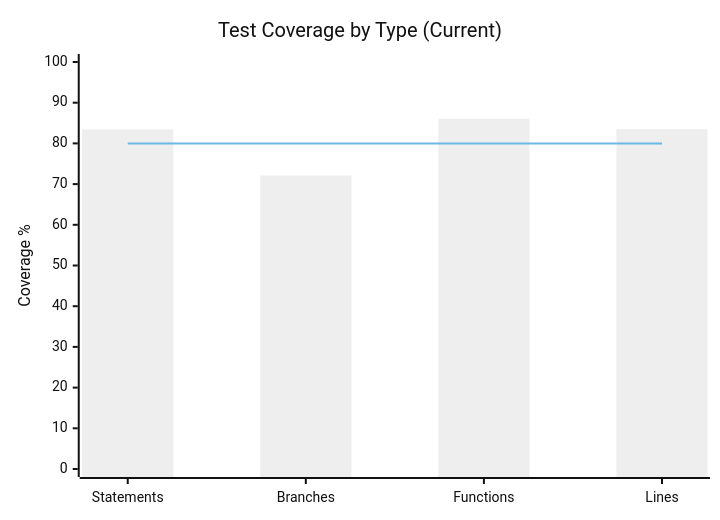
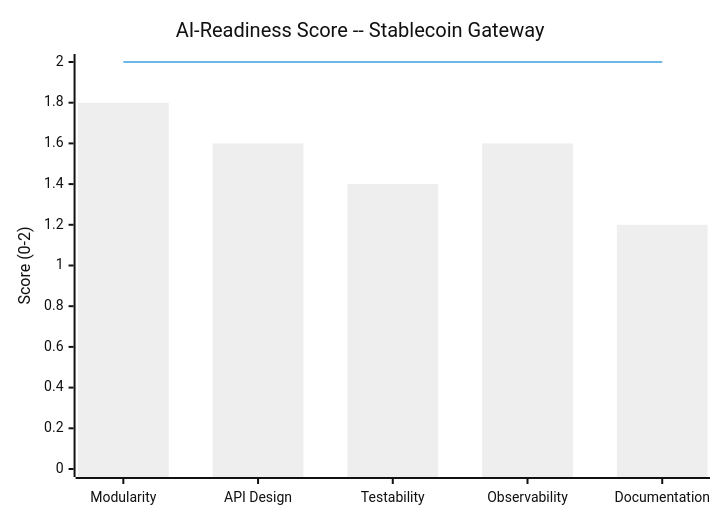
Before and after one commit to Tamoura/Claude-Code-creates-the-SW-company: diagram 12 of 12 in products/stablecoin-gateway/docs/AUDIT-REPORT.md, drawn with Mermaid (neutral theme). The commit also changed other lines of this file and 34 other files, not shown here.

First line of the commit message:
fix(stablecoin-gateway): audit remediation v4 — 37 findings fixed, E2E suite, user manual

````diff
--- a/products/stablecoin-gateway/docs/AUDIT-REPORT.md
+++ b/products/stablecoin-gateway/docs/AUDIT-REPORT.md
@@ -753,8 +649,8 @@
 ```mermaid
 xychart-beta
-    title "Test Coverage by Type (Current)"
-    x-axis ["Statements", "Branches", "Functions", "Lines"]
-    y-axis "Coverage %" 0 --> 100
-    bar [83.43, 72.1, 86.06, 83.49]
-    line [80, 80, 80, 80]
+    title "AI-Readiness Score -- Stablecoin Gateway"
+    x-axis ["Modularity", "API Design", "Testability", "Observability", "Documentation"]
+    y-axis "Score (0-2)" 0 --> 2
+    bar [1.8, 1.6, 1.4, 1.6, 1.2]
+    line [2, 2, 2, 2, 2]
 ```
````
